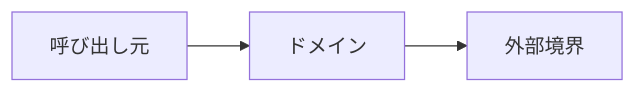
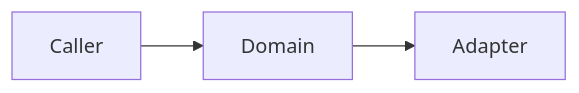
One commit to techbeansjp-free/AGENTS.md changed the diagram in .agent-skill-chain/templates/issue/02_設計.md. Above: the diagram before and after it, drawn with Mermaid. The commit also changed other lines of this file and 88 other files, not shown here.

````diff
--- a/.agent-skill-chain/templates/issue/02_設計.md
+++ b/.agent-skill-chain/templates/issue/02_設計.md
@@ -61,5 +61,5 @@
 ```mermaid
 flowchart LR
-  caller[呼び出し元] --> domain[ドメイン]
-  domain --> adapter[外部境界]
+  Caller --> Domain
+  Domain --> Adapter
 ```
````
